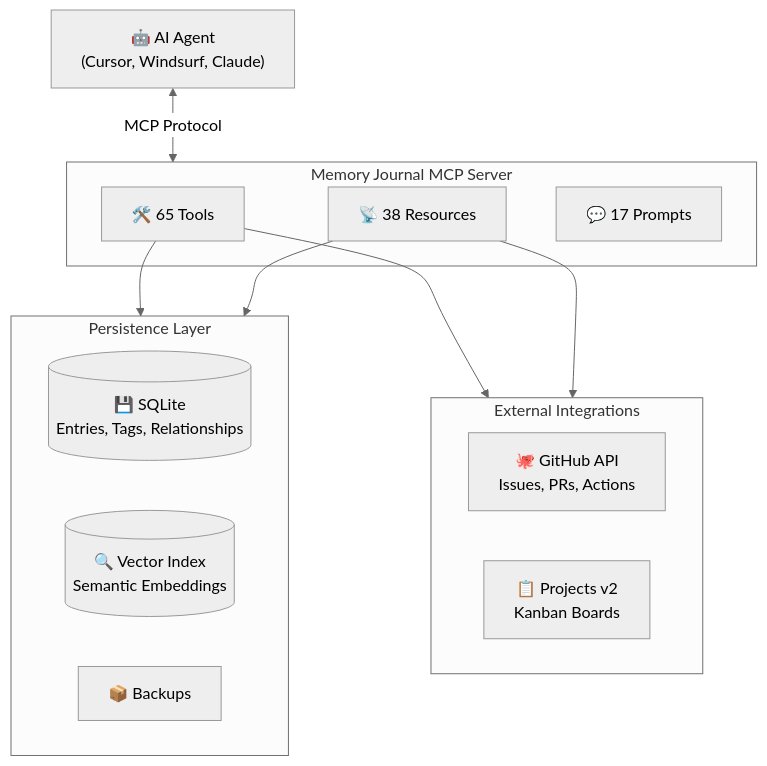
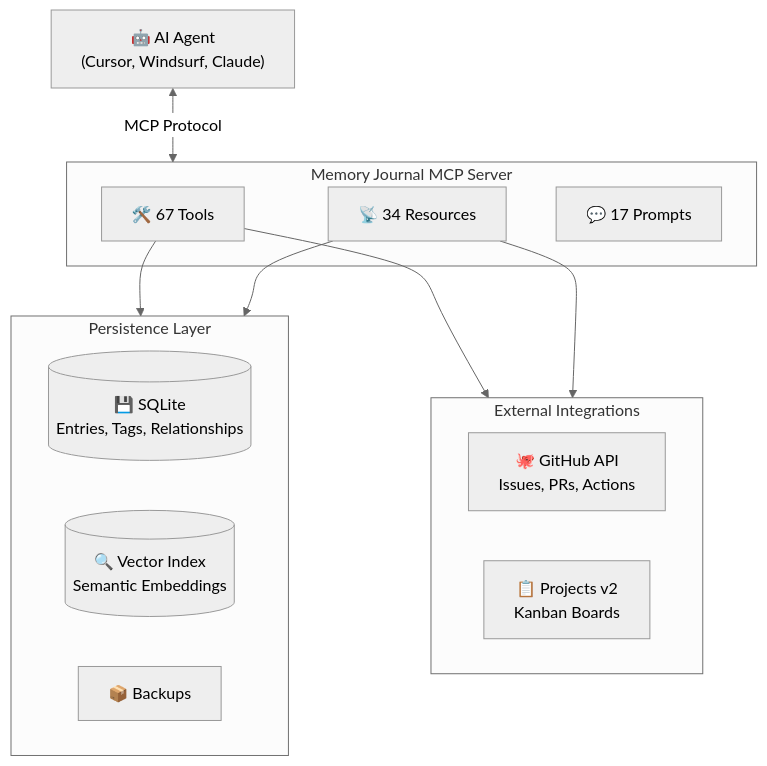
Before and after one commit to neverinfamous/memory-journal-mcp: the second of 2 diagrams in README.md, drawn with Mermaid (neutral theme). The commit also changed other lines of this file and 238 other files, not shown here.

````diff
--- a/README.md
+++ b/README.md
@@ -627,27 +634,27 @@
 ```mermaid
 flowchart TB
     AI["🤖 AI Agent<br/>(Cursor, Windsurf, Claude)"]
 
     subgraph MCP["Memory Journal MCP Server"]
-        Tools["🛠️ 65 Tools"]
-        Resources["📡 38 Resources"]
+        Tools["🛠️ 67 Tools"]
+        Resources["📡 34 Resources"]
         Prompts["💬 17 Prompts"]
     end
 
     subgraph Storage["Persistence Layer"]
         SQLite[("💾 SQLite<br/>Entries, Tags, Relationships")]
         Vector[("🔍 Vector Index<br/>Semantic Embeddings")]
         Backups["📦 Backups"]
     end
 
     subgraph External["External Integrations"]
         GitHub["🐙 GitHub API<br/>Issues, PRs, Actions"]
         Kanban["📋 Projects v2<br/>Kanban Boards"]
     end
 
     AI <-->|"MCP Protocol"| MCP
     Tools --> Storage
     Tools --> External
     Resources --> Storage
     Resources --> External
 ```
````
